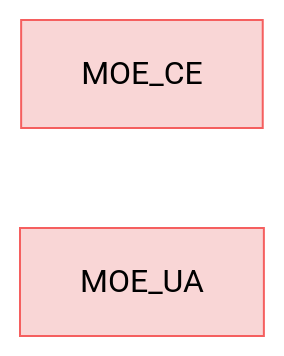
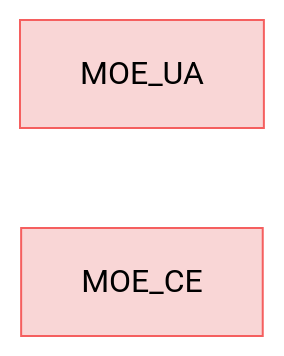
Before and after one commit to reqvire-org/reqvire: the diagram in specifications/MOEs.md, drawn with Mermaid (neutral theme). The commit also changed other lines of this file and 160 other files, not shown here.

````diff
--- a/specifications/MOEs.md
+++ b/specifications/MOEs.md
@@ -4,15 +4,15 @@
 ```mermaid
 graph LR;
   %% Graph styling
   classDef requirement fill:#f9d6d6,stroke:#f55f5f,stroke-width:1px;
   classDef verification fill:#d6f9d6,stroke:#5fd75f,stroke-width:1px;
   classDef externalLink fill:#d0e0ff,stroke:#3080ff,stroke-width:1px;
   classDef default fill:#f5f5f5,stroke:#333333,stroke-width:1px;
 
-  34ccc009ec6ea573["MOE_CE"];
-  click 34ccc009ec6ea573 "https://github.com/ilijaljubicic/ReqFlow/blob/73d5ae1d93adea71fdf4cc508be4d1ae09be068f/specifications/MOEs.md#moe_ce";
-  class 34ccc009ec6ea573 requirement;
-  5d0b88381f707008["MOE_UA"];
-  click 5d0b88381f707008 "https://github.com/ilijaljubicic/ReqFlow/blob/73d5ae1d93adea71fdf4cc508be4d1ae09be068f/specifications/MOEs.md#moe_ua";
-  class 5d0b88381f707008 requirement;
+  bd8b46053261f1d0["MOE_UA"];
+  click bd8b46053261f1d0 "https://github.com/ilijaljubicic/Reqvire/blob/8a68ca1eab81bac7964085e47777a0a92447c6a5/specifications/MOEs.md#moe_ua";
+  class bd8b46053261f1d0 requirement;
+  a7b946053261f1d0["MOE_CE"];
+  click a7b946053261f1d0 "https://github.com/ilijaljubicic/Reqvire/blob/8a68ca1eab81bac7964085e47777a0a92447c6a5/specifications/MOEs.md#moe_ce";
+  class a7b946053261f1d0 requirement;
 ```
````
